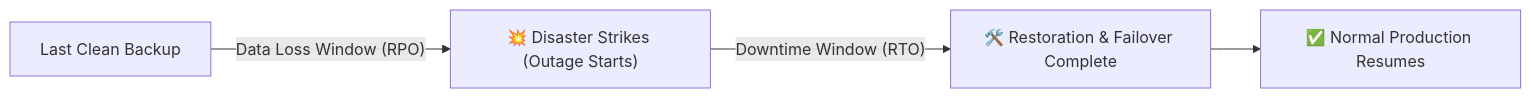
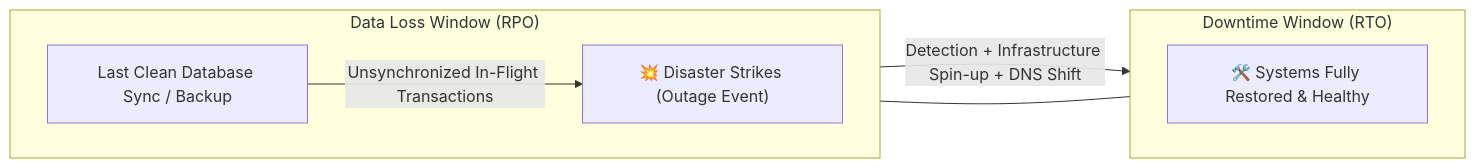
The first of 3 diagrams in Cloud/Practitioner/CLF-C02/06_Explanations/01_Cloud_Concepts/Disaster_Recovery_and_High_Availability.md (fakhruldeen/AWS), drawn with Mermaid before and after one commit. The commit also changed other lines of this file and 18 other files, not shown here.

````diff
--- a/Cloud/Practitioner/CLF-C02/06_Explanations/01_Cloud_Concepts/Disaster_Recovery_and_High_Availability.md
+++ b/Cloud/Practitioner/CLF-C02/06_Explanations/01_Cloud_Concepts/Disaster_Recovery_and_High_Availability.md
@@ -31,6 +23,14 @@
 ```mermaid
 flowchart LR
-    A["Last Clean Backup"] -->|"Data Loss Window (RPO)"| B["💥 Disaster Strikes (Outage Starts)"]
-    B -->|"Downtime Window (RTO)"| C["🛠️ Restoration & Failover Complete"]
-    C --> D["✅ Normal Production Resumes"]
+    subgraph DataLoss ["Data Loss Window (RPO)"]
+        direction LR
+        B0["Last Clean Database Sync / Backup"] -->|"Unsynchronized In-Flight Transactions"| B1["💥 Disaster Strikes (Outage Event)"]
+    end
+
+    subgraph Downtime ["Downtime Window (RTO)"]
+        direction LR
+        B1 -->|"Detection + Infrastructure Spin-up + DNS Shift"| B2["🛠️ Systems Fully Restored & Healthy"]
+    end
+
+    DataLoss --- Downtime
 ```
````
